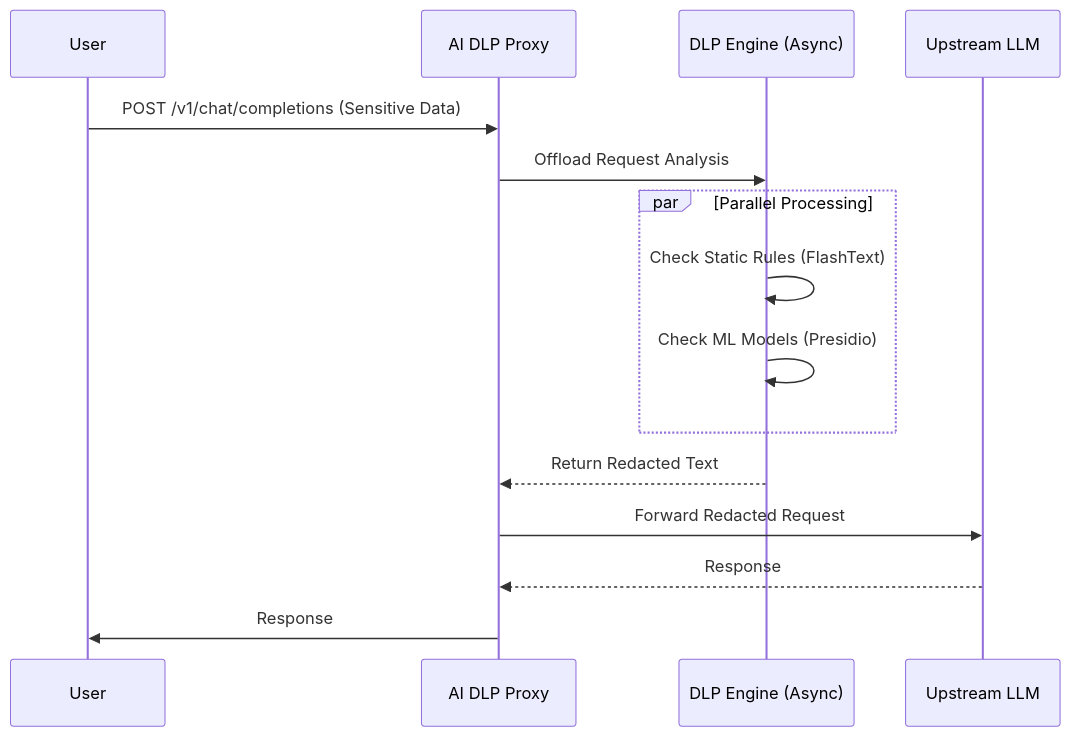
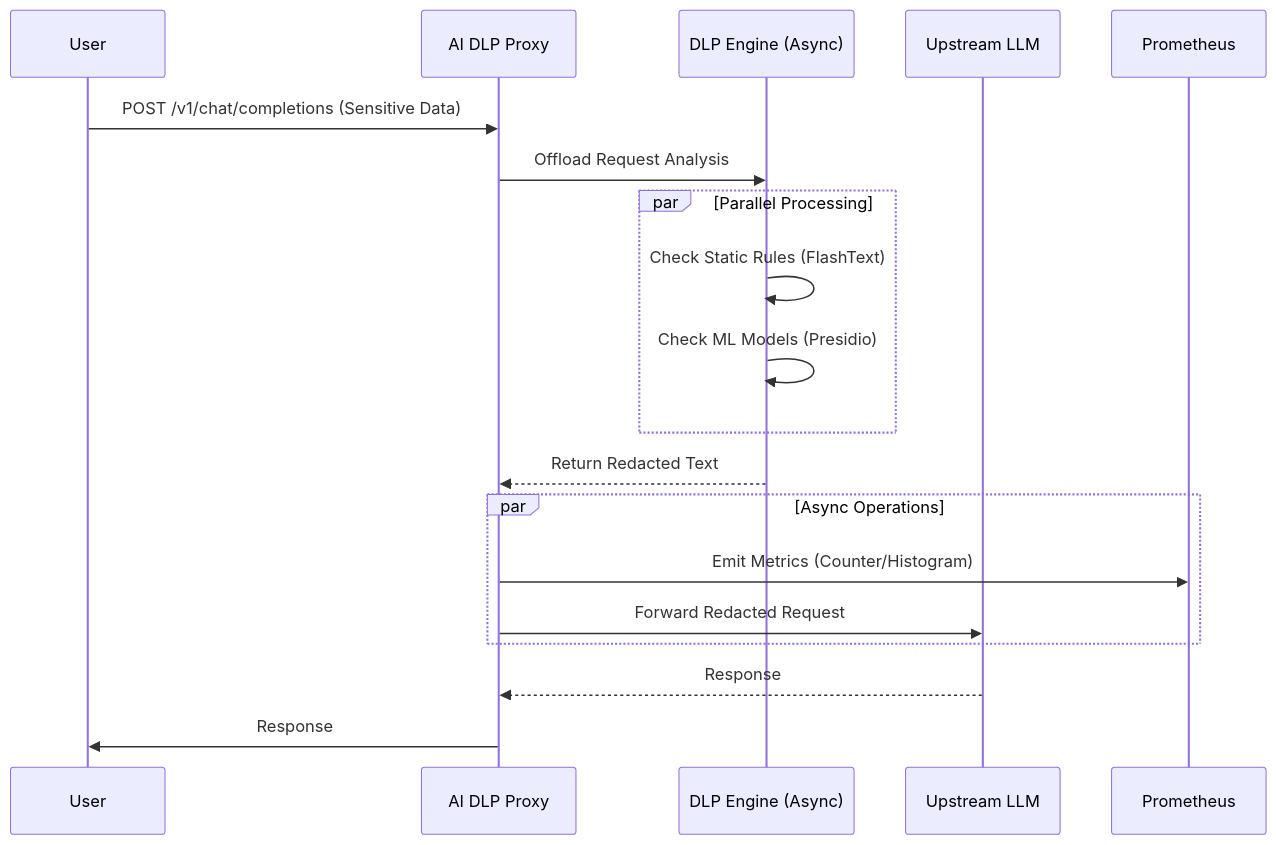
Before and after one commit to fabriziosalmi/aidlp: the diagram in docs/guide/architecture.md, drawn with Mermaid. The commit also changed other lines of this file, not shown here.

Commit message:
feat: add Prometheus metrics and observability section to architecture guide

````diff
--- a/docs/guide/architecture.md
+++ b/docs/guide/architecture.md
@@ -9,20 +9,26 @@
 ```mermaid
 sequenceDiagram
     participant User
     participant Proxy as AI DLP Proxy
     participant DLP as DLP Engine (Async)
     participant LLM as Upstream LLM
+    participant Metrics as Prometheus
 
     User->>Proxy: POST /v1/chat/completions (Sensitive Data)
     Proxy->>DLP: Offload Request Analysis
 
     par Parallel Processing
         DLP->>DLP: Check Static Rules (FlashText)
         DLP->>DLP: Check ML Models (Presidio)
     end
 
     DLP-->>Proxy: Return Redacted Text
-    Proxy->>LLM: Forward Redacted Request
+
+    par Async Operations
+        Proxy->>Metrics: Emit Metrics (Counter/Histogram)
+        Proxy->>LLM: Forward Redacted Request
+    end
+
     LLM-->>Proxy: Response
     Proxy->>User: Response
 ```
````
